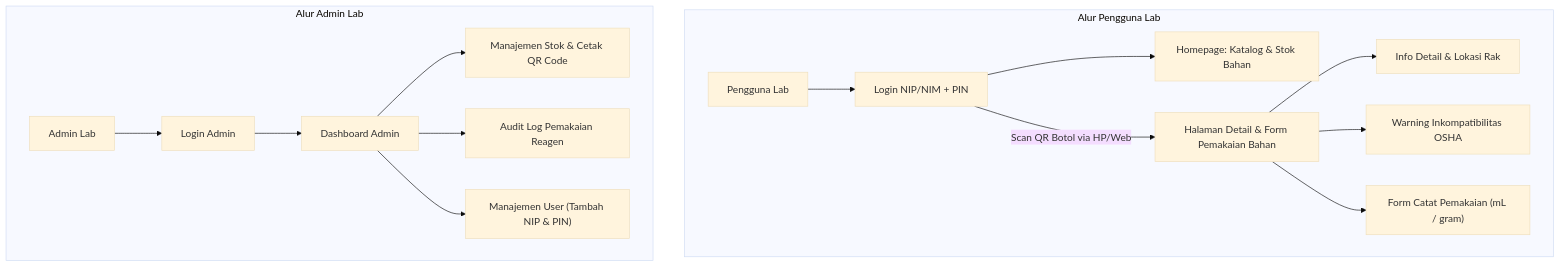
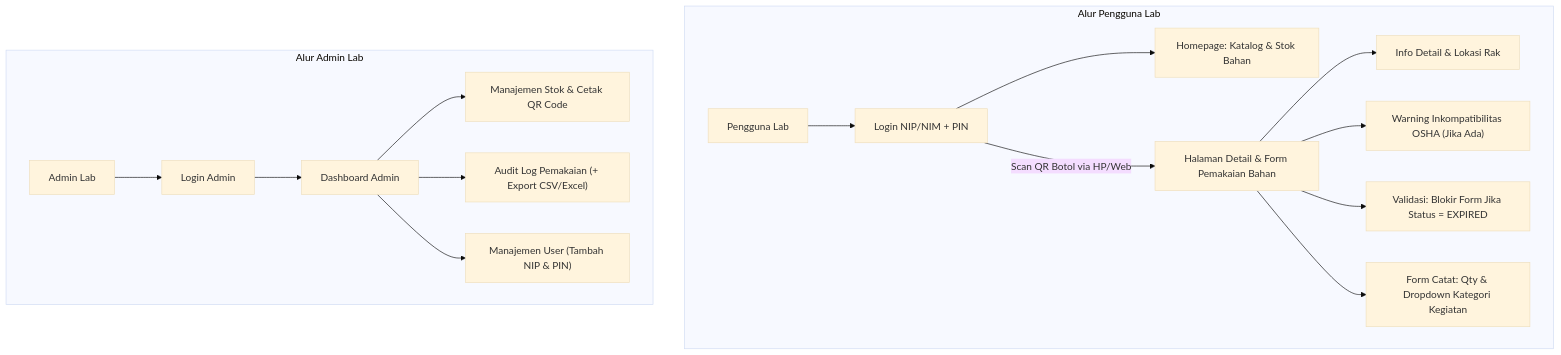
One commit to Z1danp/renik-lab changed the diagram in docs/user-flow-and-requiresment.md. Above: the diagram before and after it, drawn with Mermaid (base theme). The commit also changed other lines of this file, not shown here.

````diff
--- a/docs/user-flow-and-requiresment.md
+++ b/docs/user-flow-and-requiresment.md
@@ -3,21 +5,23 @@
 ```mermaid
 flowchart TD
     subgraph UserSection ["Alur Pengguna Lab"]
         U1["Pengguna Lab"] --> U2["Login NIP/NIM + PIN"]
         U2 --> U3["Homepage: Katalog & Stok Bahan"]
         U2 -- "Scan QR Botol via HP/Web" --> U4["Halaman Detail & Form Pemakaian Bahan"]
 
         U4 --> U4A["Info Detail & Lokasi Rak"]
-        U4 --> U4B["Warning Inkompatibilitas OSHA"]
-        U4 --> U4C["Form Catat Pemakaian (mL / gram)"]
+        U4 --> U4B["Warning Inkompatibilitas OSHA (Jika Ada)"]
+        U4 --> U4C["Validasi: Blokir Form Jika Status = EXPIRED"]
+        U4 --> U4D["Form Catat: Qty & Dropdown Kategori Kegiatan"]
     end
 
     subgraph AdminSection ["Alur Admin Lab"]
         A1["Admin Lab"] --> A2["Login Admin"]
         A2 --> A3["Dashboard Admin"]
 
         A3 --> A3A["Manajemen Stok & Cetak QR Code"]
-        A3 --> A3B["Audit Log Pemakaian Reagen"]
+        A3 --> A3B["Audit Log Pemakaian (+ Export CSV/Excel)"]
         A3 --> A3C["Manajemen User (Tambah NIP & PIN)"]
     end
+
 ```
````
